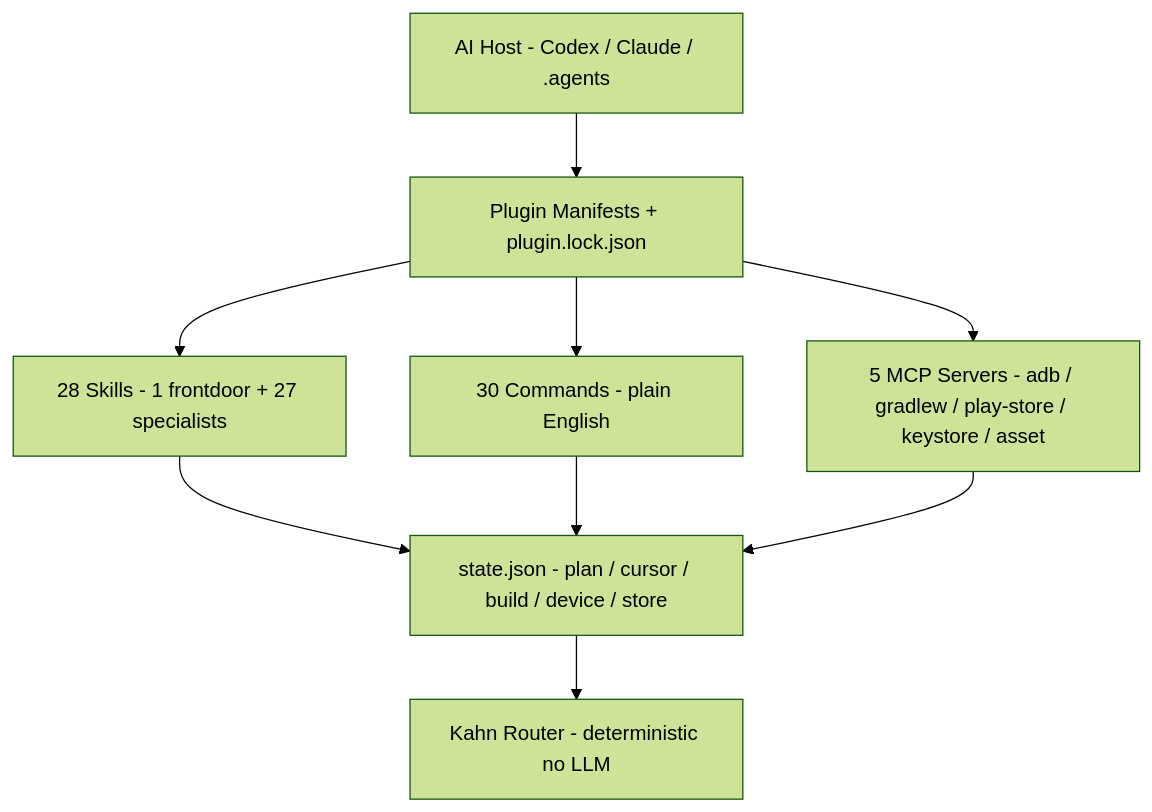
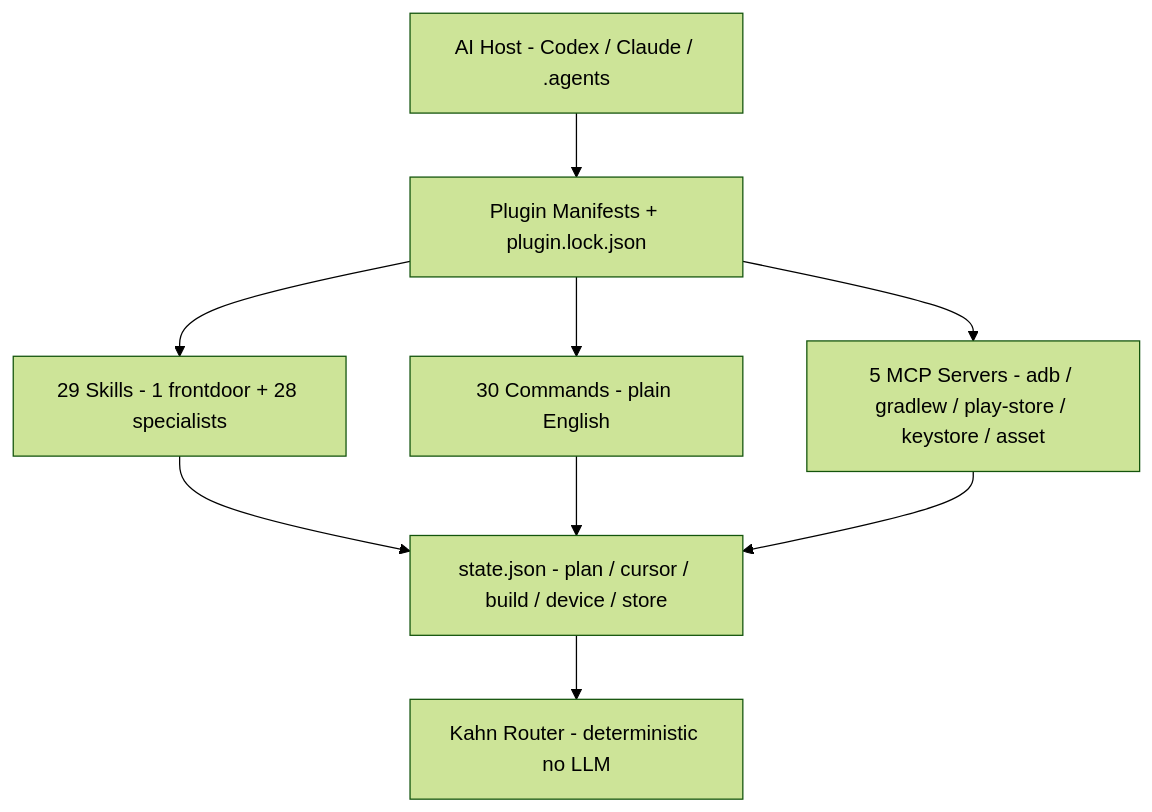
One commit to mitunmanav/build-android-apps changed the diagram in README.md. Above: the diagram before and after it, drawn with Mermaid (forest theme). The commit also changed other lines of this file and 63 other files, not shown here.

````diff
--- a/README.md
+++ b/README.md
@@ -82,19 +83,19 @@
 ```mermaid
 flowchart TB
   Host[AI Host - Codex / Claude / .agents]
   Manifests[Plugin Manifests + plugin.lock.json]
-  Skills[28 Skills - 1 frontdoor + 27 specialists]
+  Skills[29 Skills - 1 frontdoor + 28 specialists]
   Commands[30 Commands - plain English]
   MCP[5 MCP Servers - adb / gradlew / play-store / keystore / asset]
   State[state.json - plan / cursor / build / device / store]
   Router[Kahn Router - deterministic no LLM]
 
   Host --> Manifests
   Manifests --> Skills
   Manifests --> Commands
   Manifests --> MCP
   Skills --> State
   Commands --> State
   MCP --> State
   State --> Router
 ```
````
